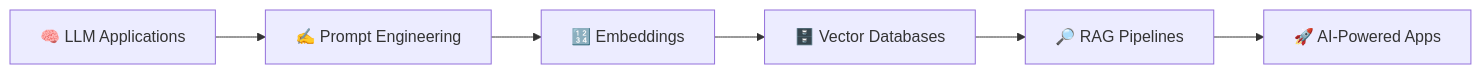
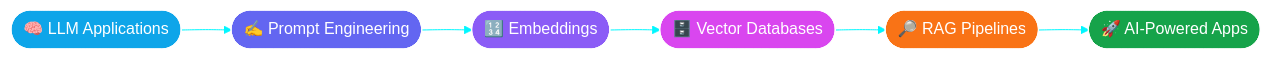
The first of 2 diagrams in README.md (Sumit200531/Sumit200531), drawn with Mermaid before and after one commit. The commit also changed other lines of this file, not shown here.

````diff
--- a/README.md
+++ b/README.md
@@ -111,8 +156,16 @@
 ```mermaid
+%%{init: {'theme': 'base', 'themeVariables': {'lineColor': '#00f7ff', 'fontFamily': 'monospace'}}}%%
 flowchart LR
-    A["🧠 LLM Applications"] --> B["✍️ Prompt Engineering"]
-    B --> C["🔢 Embeddings"]
-    C --> D["🗄️ Vector Databases"]
-    D --> E["🔎 RAG Pipelines"]
-    E --> F["🚀 AI-Powered Apps"]
+    A(["🧠 LLM Applications"]):::c1 --> B(["✍️ Prompt Engineering"]):::c2
+    B --> C(["🔢 Embeddings"]):::c3
+    C --> D(["🗄️ Vector Databases"]):::c4
+    D --> E(["🔎 RAG Pipelines"]):::c5
+    E --> F(["🚀 AI-Powered Apps"]):::c6
+
+    classDef c1 fill:#0ea5e9,stroke:#ffffff,color:#ffffff;
+    classDef c2 fill:#6366f1,stroke:#ffffff,color:#ffffff;
+    classDef c3 fill:#8b5cf6,stroke:#ffffff,color:#ffffff;
+    classDef c4 fill:#d946ef,stroke:#ffffff,color:#ffffff;
+    classDef c5 fill:#f97316,stroke:#ffffff,color:#ffffff;
+    classDef c6 fill:#16a34a,stroke:#ffffff,color:#ffffff;
 ```
````
